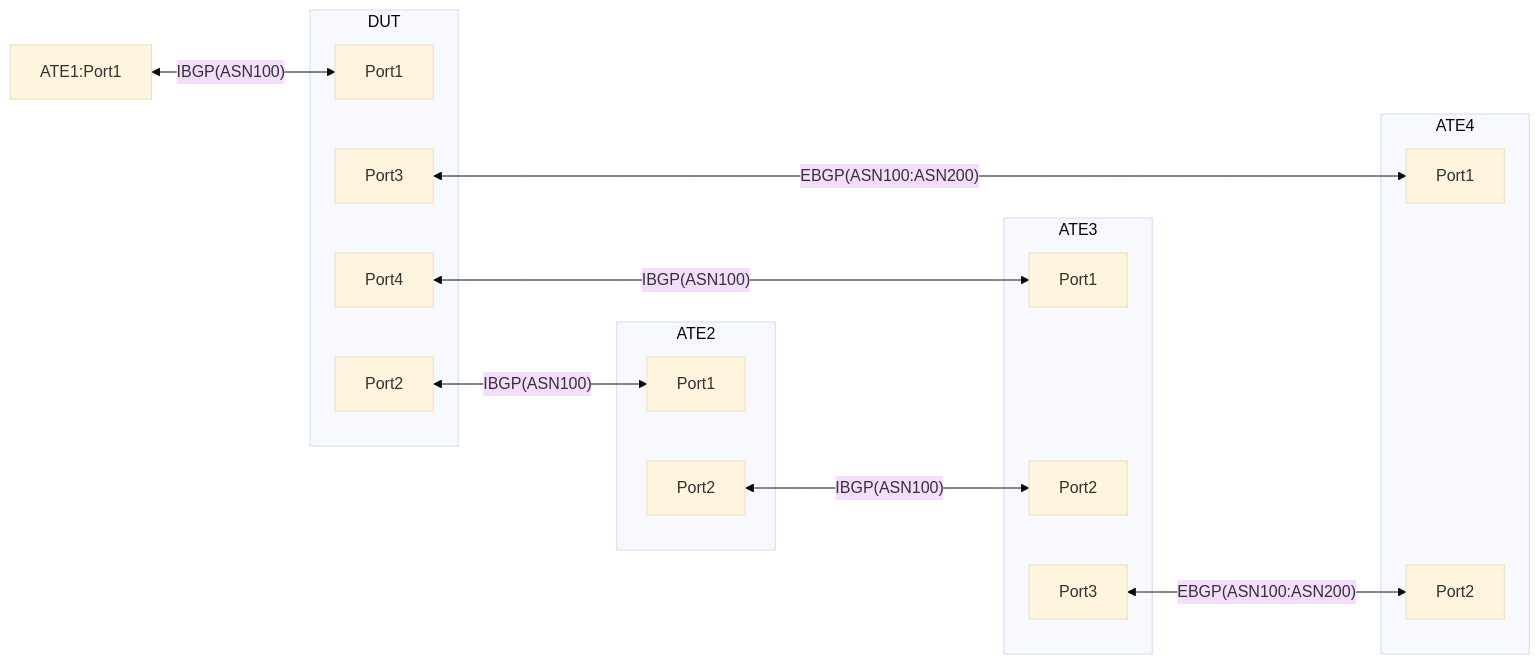
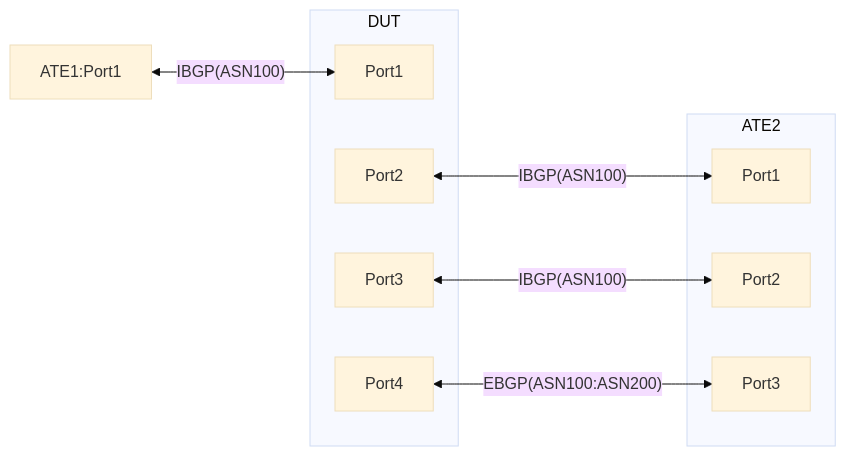
The diagram in feature/policy_forwarding/encapsulation/otg_tests/staticgueencap_and_bgp_path_selection/README.md (openconfig/featureprofiles), drawn with Mermaid (base theme) before and after one commit. The commit also changed other lines of this file, not shown here.

Commit message:
Update README.md
Updated diagram

````diff
--- a/feature/policy_forwarding/encapsulation/otg_tests/staticgueencap_and_bgp_path_selection/README.md
+++ b/feature/policy_forwarding/encapsulation/otg_tests/staticgueencap_and_bgp_path_selection/README.md
@@ -10,28 +11,20 @@
 ```mermaid
-graph LR; 
-subgraph DUT
+graph LR; 
+subgraph DUT [DUT]
     B1[Port1]
     B2[Port2]
     B3[Port3]
     B4[Port4]
 end
-subgraph ATE2
+
+subgraph ATE2 [ATE2]
     C1[Port1]
     C2[Port2]
+    C3[Port3]
 end
-subgraph ATE3
-    E1[Port1]
-    E2[Port2]
-    E3[Port3]
-end
-subgraph ATE4
-    D1[Port1]
-    D2[Port2]
-end
-A1[ATE1:Port1] <-- IBGP(ASN100) --> B1; 
-B2 <-- IBGP(ASN100) --> C1; 
-B3 <-- EBGP(ASN100:ASN200) --> D1;  
-B4 <-- IBGP(ASN100) --> E1; 
-C2 <-- IBGP(ASN100) --> E2; 
-E3 <-- EBGP(ASN100:ASN200) --> D2;
+
+A1[ATE1:Port1] <-- IBGP(ASN100) --> B1; 
+B2 <-- IBGP(ASN100) --> C1; 
+B3 <-- IBGP(ASN100) --> C2;
+B4 <-- EBGP(ASN100:ASN200) --> C3;
 ```
````
